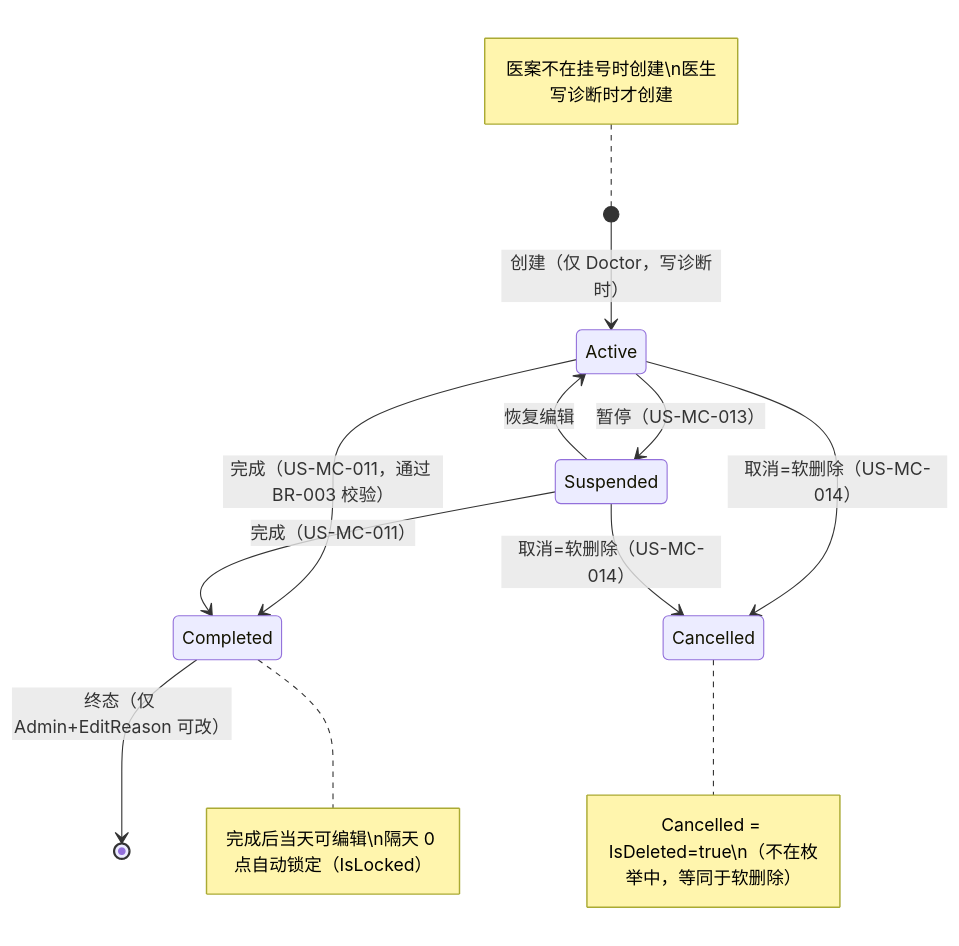
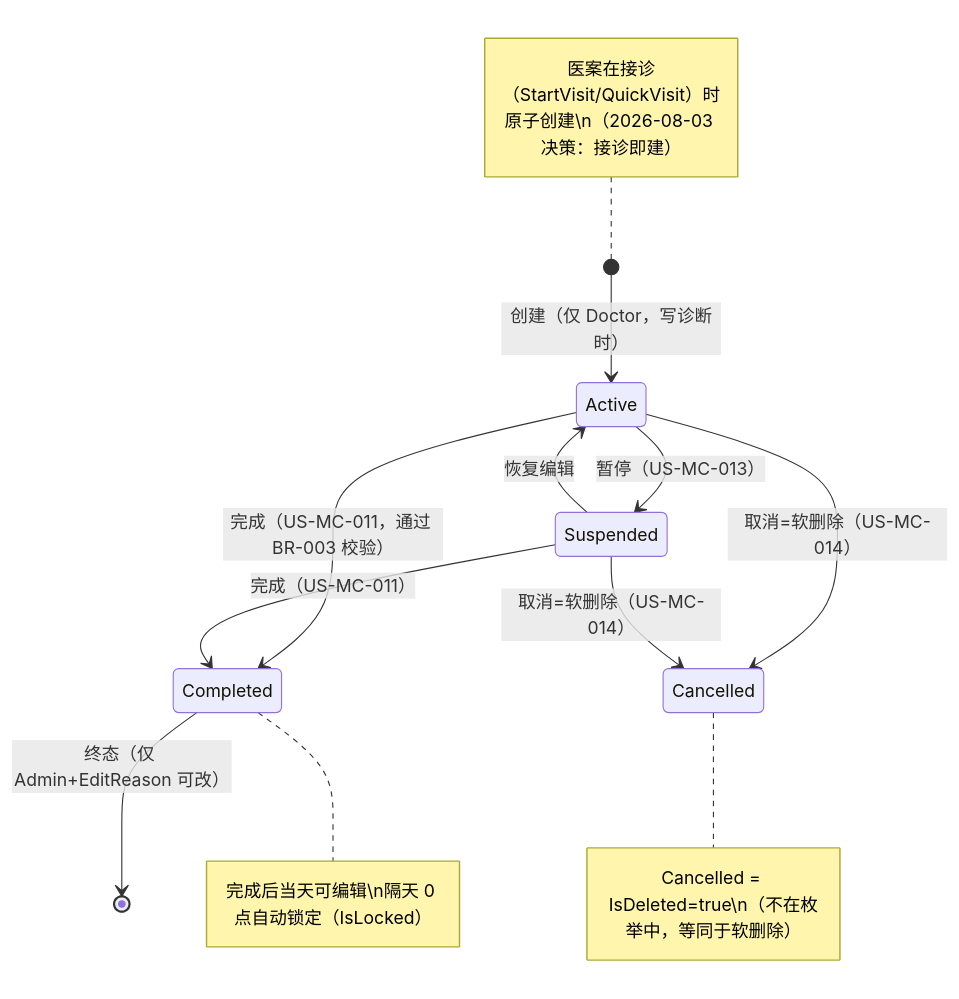
One commit to shouqitao/LYBTZYZS changed the diagram in docs/02-requirements/07-medical-cases.md. Above: the diagram before and after it, drawn with Mermaid. The commit also changed other lines of this file and 9 other files, not shown here.

First line of the commit message:
docs(registration): 接诊即建决策落地——StartVisit/QuickVisit 原子创建医案

````diff
--- a/docs/02-requirements/07-medical-cases.md
+++ b/docs/02-requirements/07-medical-cases.md
@@ -106,14 +109,14 @@
 ```mermaid
 stateDiagram-v2
     [*] --> Active: 创建（仅 Doctor，写诊断时）
     Active --> Suspended: 暂停（US-MC-013）
     Suspended --> Active: 恢复编辑
     Active --> Completed: 完成（US-MC-011，通过 BR-003 校验）
     Suspended --> Completed: 完成（US-MC-011）
     Active --> Cancelled: 取消=软删除（US-MC-014）
     Suspended --> Cancelled: 取消=软删除（US-MC-014）
     Completed --> [*]: 终态（仅 Admin+EditReason 可改）
     note right of Cancelled: Cancelled = IsDeleted=true\\n（不在枚举中，等同于软删除）
     note right of Completed: 完成后当天可编辑\\n隔天 0 点自动锁定（IsLocked）
-    note left of [*]: 医案不在挂号时创建\\n医生写诊断时才创建
+    note left of [*]: 医案在接诊（StartVisit/QuickVisit）时原子创建\n（2026-08-03 决策：接诊即建）
 ```
````
